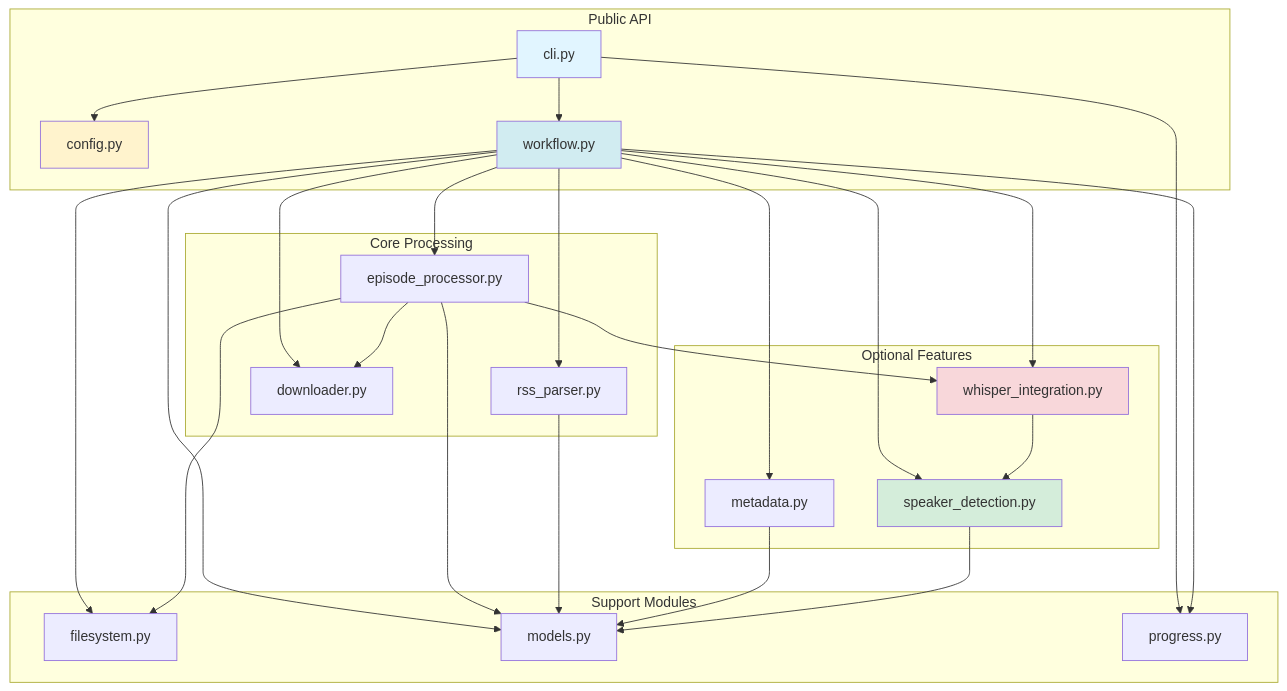
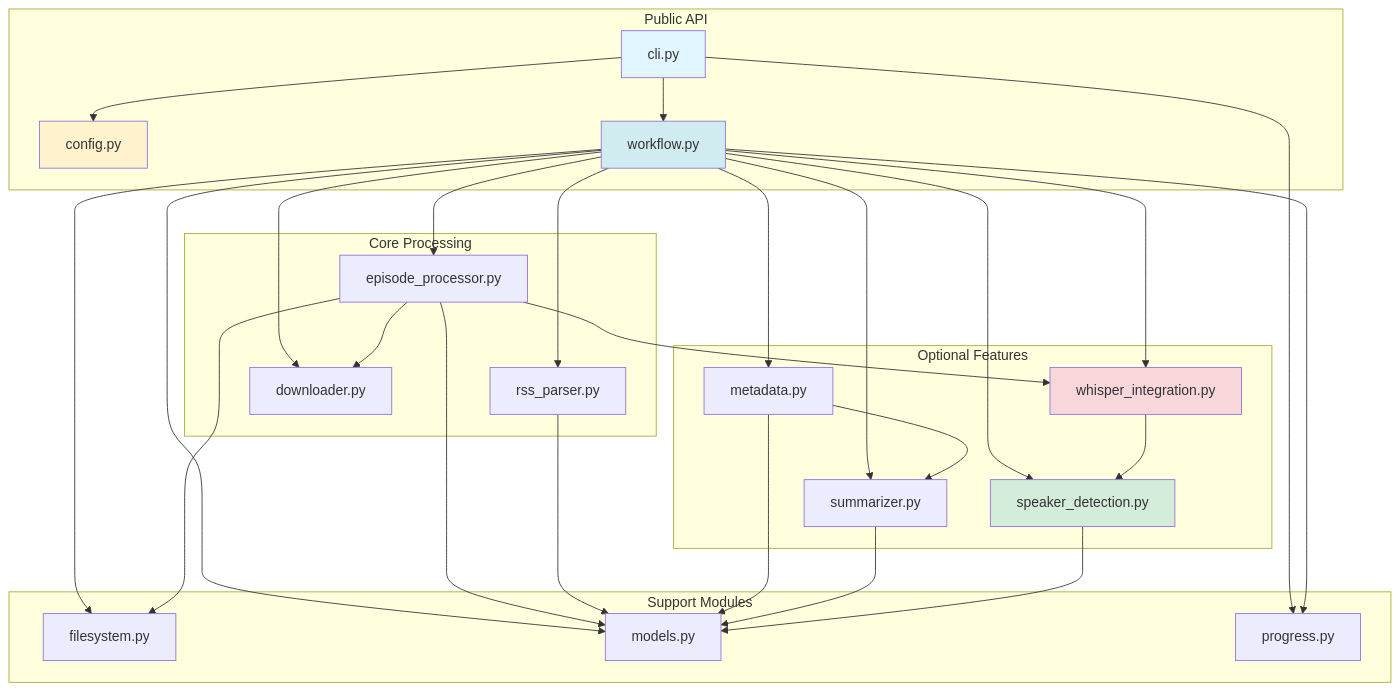
The second of 6 diagrams in docs/ARCHITECTURE.md (chipi/podcast_scraper), drawn with Mermaid before and after one commit. The commit also changed other lines of this file and 53 other files, not shown here.

````diff
--- a/docs/ARCHITECTURE.md
+++ b/docs/ARCHITECTURE.md
@@ -71,53 +79,57 @@
 ```mermaid
 graph TB
     subgraph "Public API"
         CLI[cli.py]
         Config[config.py]
         Workflow[workflow.py]
     end
     
     subgraph "Core Processing"
         RSSParser[rss_parser.py]
         EpisodeProc[episode_processor.py]
         Downloader[downloader.py]
     end
     
     subgraph "Support Modules"
         Filesystem[filesystem.py]
         Models[models.py]
         Progress[progress.py]
     end
     
     subgraph "Optional Features"
         Whisper[whisper_integration.py]
         SpeakerDetect[speaker_detection.py]
         Metadata[metadata.py]
+        Summarizer[summarizer.py]
     end
     
     CLI --> Config
     CLI --> Workflow
     CLI --> Progress
     Workflow --> RSSParser
     Workflow --> EpisodeProc
     Workflow --> Downloader
     Workflow --> Whisper
     Workflow --> SpeakerDetect
     Workflow --> Metadata
+    Workflow --> Summarizer
     Workflow --> Filesystem
     Workflow --> Models
     Workflow --> Progress
     EpisodeProc --> Downloader
     EpisodeProc --> Filesystem
     EpisodeProc --> Whisper
     EpisodeProc --> Models
     RSSParser --> Models
     Whisper --> SpeakerDetect
+    Metadata --> Summarizer
     Metadata --> Models
+    Summarizer --> Models
     SpeakerDetect --> Models
     
     style CLI fill:#e1f5ff
     style Config fill:#fff3cd
     style Workflow fill:#d1ecf1
     style Whisper fill:#f8d7da
     style SpeakerDetect fill:#d4edda
 ```
````
